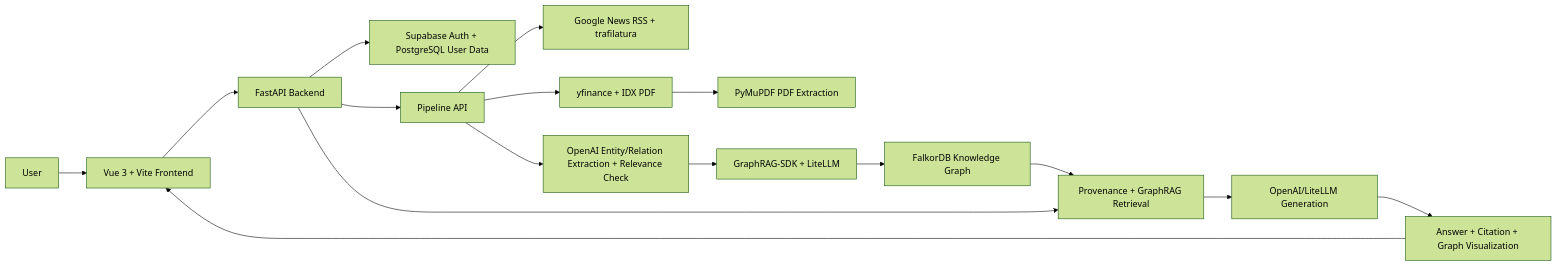
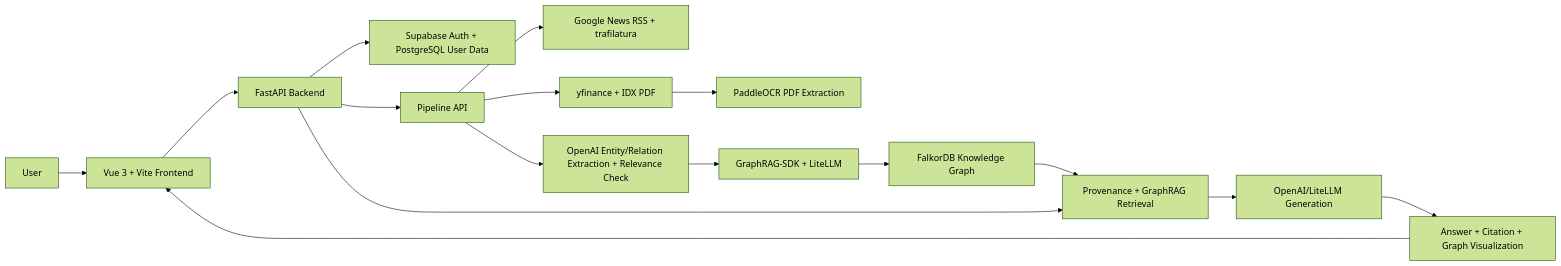
Before and after one commit to nadyanjln/stockgraph: the diagram in README.md, drawn with Mermaid (forest theme). The commit also changed other lines of this file and 166 other files, not shown here.

````diff
--- a/README.md
+++ b/README.md
@@ -114,18 +114,18 @@
 ```mermaid
 flowchart LR
     U[User] --> FE[Vue 3 + Vite Frontend]
     FE --> API[FastAPI Backend]
     API --> AUTH[Supabase Auth + PostgreSQL User Data]
     API --> PIPE[Pipeline API]
     PIPE --> NEWS[Google News RSS + trafilatura]
     PIPE --> FIN[yfinance + IDX PDF]
-    FIN --> PDF[PyMuPDF PDF Extraction]
+    FIN --> PDF[PaddleOCR PDF Extraction]
     PIPE --> EXT[OpenAI Entity/Relation Extraction + Relevance Check]
     EXT --> GRAG[GraphRAG-SDK + LiteLLM]
     GRAG --> FALKOR[FalkorDB Knowledge Graph]
     API --> RET[Provenance + GraphRAG Retrieval]
     RET --> LLM[OpenAI/LiteLLM Generation]
     FALKOR --> RET
     LLM --> ANS[Answer + Citation + Graph Visualization]
     ANS --> FE
 ```
````
